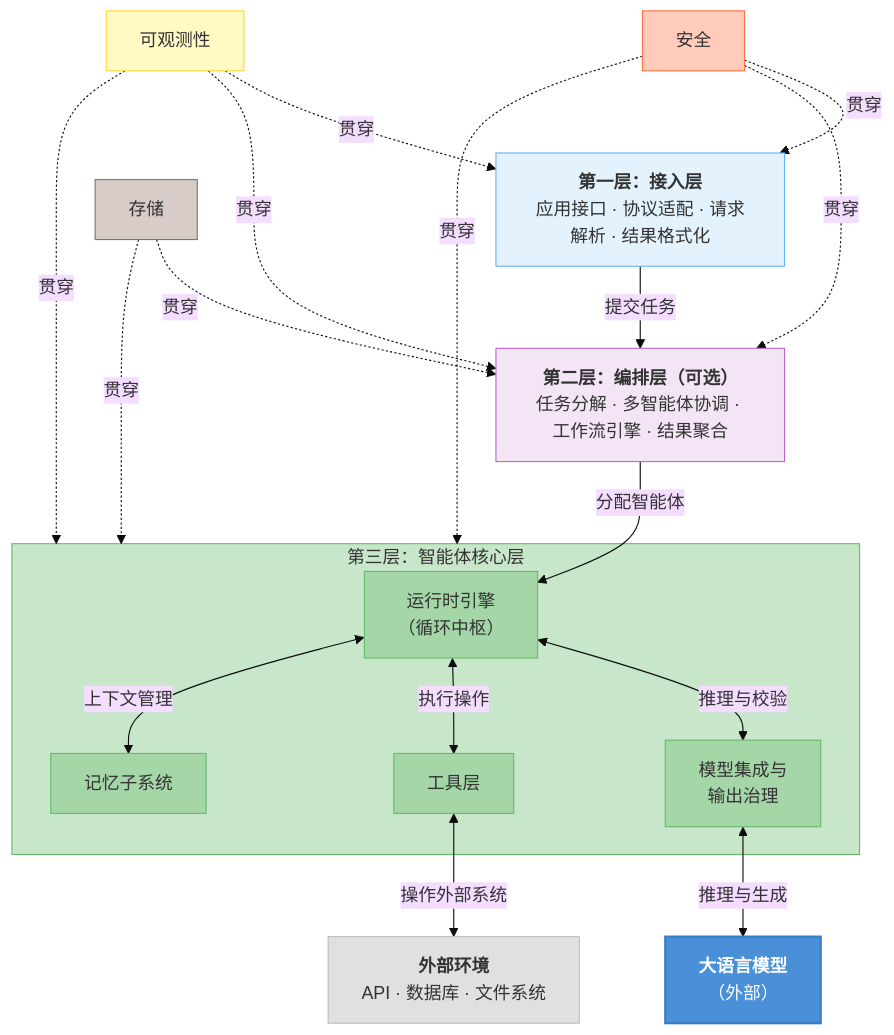
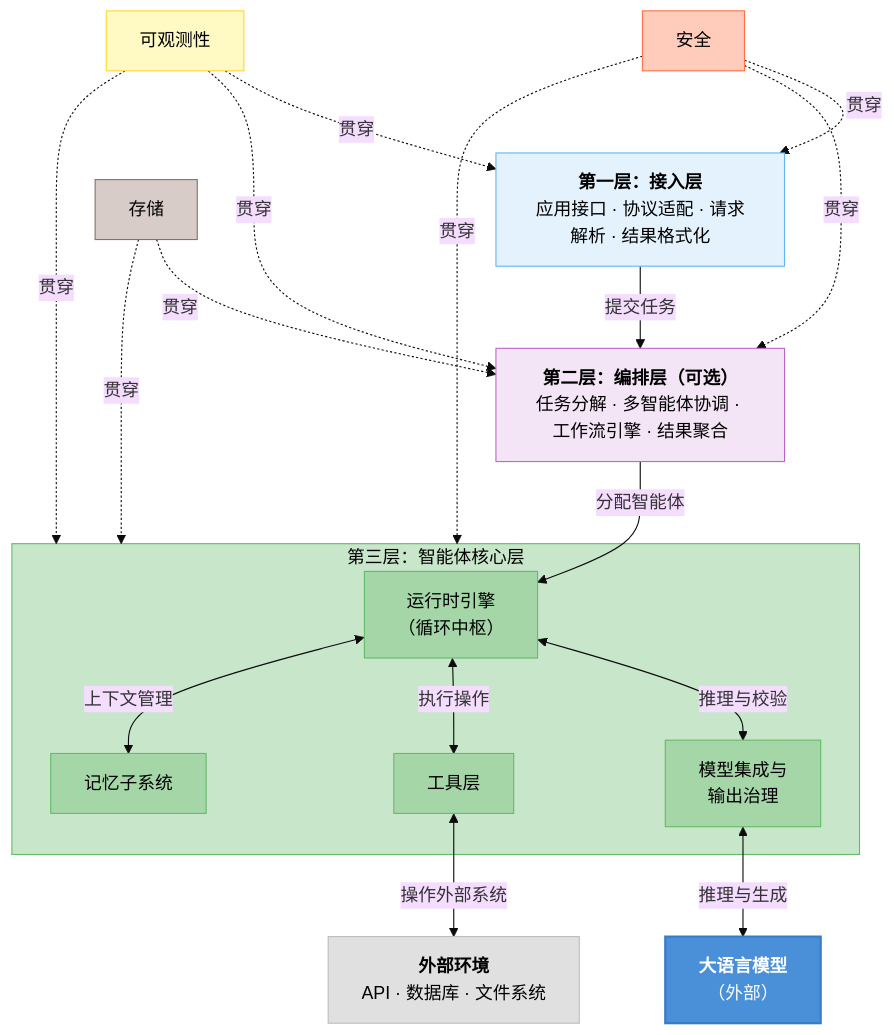
Before and after one commit to yeasy/harness_engineering_guide: the second of 6 diagrams in 02_architecture/2.1_reference_architecture.md, drawn with Mermaid (base theme). The commit also changed other lines of this file and 80 other files, not shown here.

````diff
--- a/02_architecture/2.1_reference_architecture.md
+++ b/02_architecture/2.1_reference_architecture.md
@@ -39,49 +40,49 @@
 ```mermaid
 graph TD
     L1["<b>第一层：接入层</b><br/>应用接口 · 协议适配 · 请求解析 · 结果格式化"]
     L2["<b>第二层：编排层（可选）</b><br/>任务分解 · 多智能体协调 · 工作流引擎 · 结果聚合"]
 
     subgraph L3 ["第三层：智能体核心层"]
         RT["运行时引擎<br/>（循环中枢）"]
         MI["模型集成与<br/>输出治理"]
         TL["工具层"]
         MEM["记忆子系统"]
         RT <-->|"推理与校验"| MI
         RT <-->|"执行操作"| TL
         RT <-->|"上下文管理"| MEM
     end
 
     LLM["<b>大语言模型</b><br/>（外部）"]
     ENV["<b>外部环境</b><br/>API · 数据库 · 文件系统"]
 
     CC1["安全"]
     CC2["可观测性"]
     CC3["存储"]
 
     L1 -->|"提交任务"| L2
     L2 -->|"分配智能体"| RT
     MI <-->|"推理与生成"| LLM
     TL <-->|"操作外部系统"| ENV
 
     CC1 -.->|"贯穿"| L1
     CC1 -.->|"贯穿"| L2
     CC1 -.->|"贯穿"| L3
     CC2 -.->|"贯穿"| L1
     CC2 -.->|"贯穿"| L2
     CC2 -.->|"贯穿"| L3
     CC3 -.->|"贯穿"| L2
     CC3 -.->|"贯穿"| L3
 
-    style L1 fill:#e3f2fd,stroke:#64b5f6,color:#333
-    style L2 fill:#f3e5f5,stroke:#ba68c8,color:#333
-    style L3 fill:#c8e6c9,stroke:#66bb6a,color:#333
-    style RT fill:#a5d6a7,stroke:#66bb6a,color:#333
-    style MI fill:#a5d6a7,stroke:#66bb6a,color:#333
-    style TL fill:#a5d6a7,stroke:#66bb6a,color:#333
-    style MEM fill:#a5d6a7,stroke:#66bb6a,color:#333
+    style L1 fill:#e3f2fd,stroke:#64b5f6,color:#000000
+    style L2 fill:#f3e5f5,stroke:#ba68c8,color:#000000
+    style L3 fill:#c8e6c9,stroke:#66bb6a,color:#000000
+    style RT fill:#a5d6a7,stroke:#66bb6a,color:#000000
+    style MI fill:#a5d6a7,stroke:#66bb6a,color:#000000
+    style TL fill:#a5d6a7,stroke:#66bb6a,color:#000000
+    style MEM fill:#a5d6a7,stroke:#66bb6a,color:#000000
     style LLM fill:#4a90d9,stroke:#3a7bc8,color:#ffffff,stroke-width:2px
-    style ENV fill:#e0e0e0,stroke:#bdbdbd,color:#333
-    style CC1 fill:#ffccbc,stroke:#ff7043,color:#333
-    style CC2 fill:#fff9c4,stroke:#fdd835,color:#333
-    style CC3 fill:#d7ccc8,stroke:#8d6e63,color:#333
+    style ENV fill:#e0e0e0,stroke:#bdbdbd,color:#000000
+    style CC1 fill:#ffccbc,stroke:#ff7043,color:#000000
+    style CC2 fill:#fff9c4,stroke:#fdd835,color:#000000
+    style CC3 fill:#d7ccc8,stroke:#8d6e63,color:#000000
 ```
````
